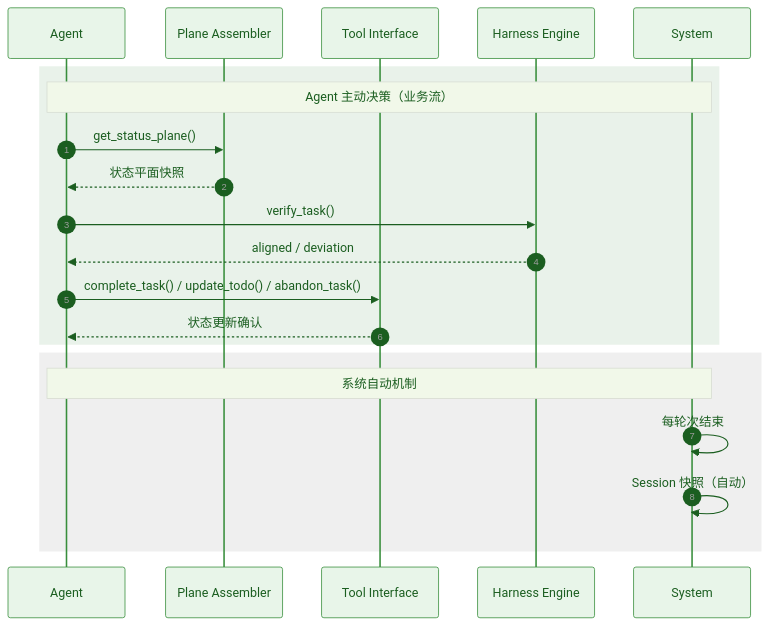
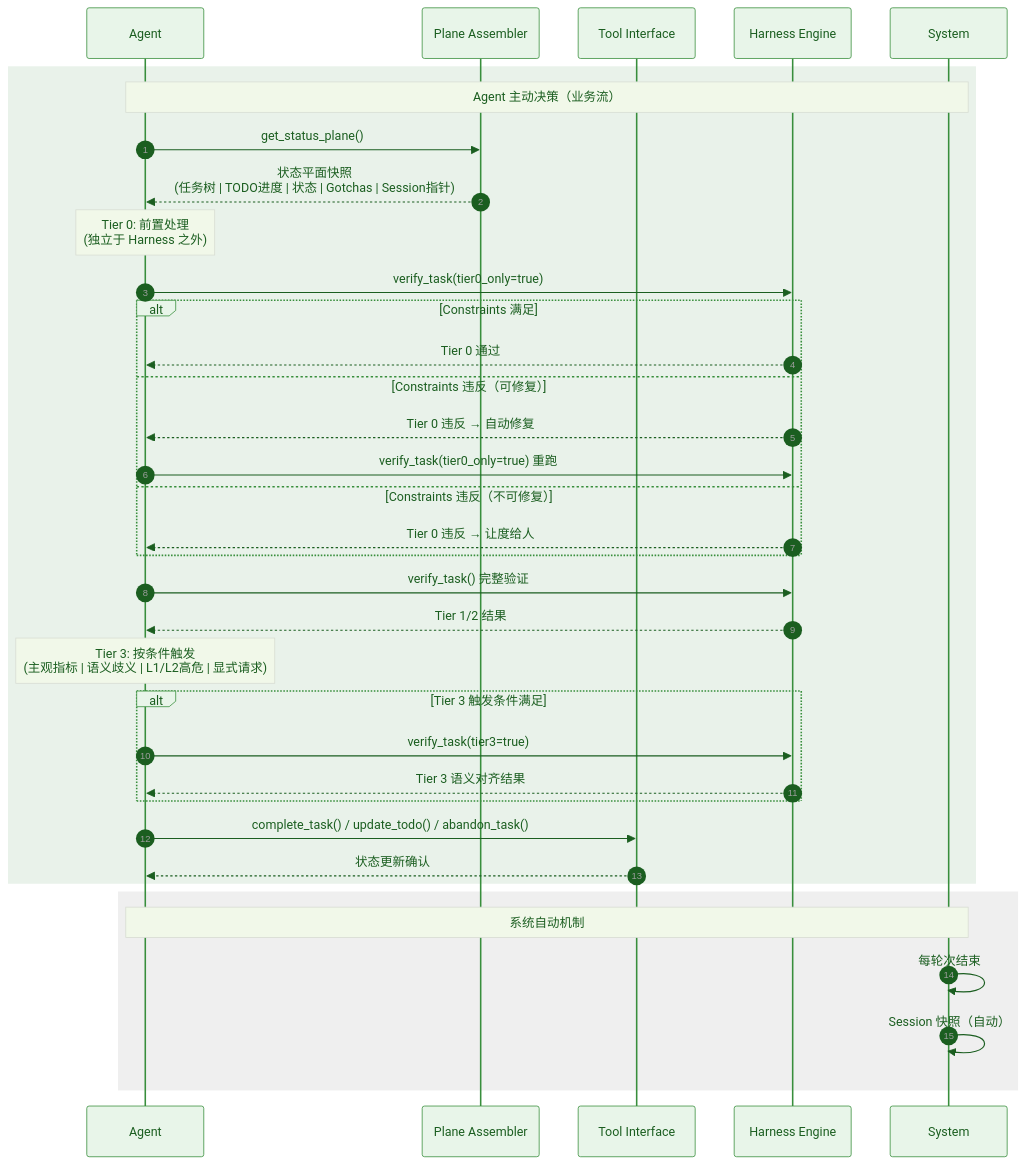
Before and after one commit to Lazyn0tBug/mem0ress: the sixth of 6 diagrams in docs/spec.md, drawn with Mermaid. The commit also changed other lines of this file, not shown here.

Commit message:
docs: fix Ch8 consistency issues with Ch2/Ch7
P1:
- Fix mermaid: remove PA-->TI edge, three modules independent to Agent
- Fix Harness Engine: expand Tier 0/1/2/3 separately with full descriptions
- Clarify Tier 0 is pre-processing outside Harness

P2:
- Fix sequence diagram: add Tier 0 flow and Tier 3 conditional branching
- Fix step 1: add complete status plane fields

P3:
- Gotcha template: Tier 0/1/2/3
- Appendix A: snapshot_session explicitly marked as system action

````diff
--- a/docs/spec.md
+++ b/docs/spec.md
@@ -596,27 +594,46 @@
 ```mermaid
 %% label：Agent 驱动的业务闭环
 %%{ init: { 'theme': 'base', 'themeVariables': { 'primaryColor': '#e8f5e9', 'primaryTextColor': '#1b5e20', 'primaryBorderColor': '#388e3c', 'lineColor': '#616161', 'noteBkgColor': '#f1f8e9', 'noteTextColor': '#1b5e20' } } }%%
 sequenceDiagram
     autonumber
     participant Agent
     participant PA as Plane Assembler
     participant TI as Tool Interface
     participant HE as Harness Engine
     participant System
 
     rect rgba(46, 125, 50, 0.1)
         Note over Agent,System: Agent 主动决策（业务流）
         Agent->>PA: get_status_plane()
-        PA-->>Agent: 状态平面快照
-        Agent->>HE: verify_task()
-        HE-->>Agent: aligned / deviation
+        PA-->>Agent: 状态平面快照<br/>(任务树 | TODO进度 | 状态 | Gotchas | Session指针)
+
+        Note over Agent: Tier 0: 前置处理<br/>(独立于 Harness 之外)
+        Agent->>HE: verify_task(tier0_only=true)
+        alt Constraints 满足
+            HE-->>Agent: Tier 0 通过
+        else Constraints 违反（可修复）
+            HE-->>Agent: Tier 0 违反 → 自动修复
+            Agent->>HE: verify_task(tier0_only=true) 重跑
+        else Constraints 违反（不可修复）
+            HE-->>Agent: Tier 0 违反 → 让度给人
+        end
+
+        Agent->>HE: verify_task() 完整验证
+        HE-->>Agent: Tier 1/2 结果
+
+        Note over Agent: Tier 3: 按条件触发<br/>(主观指标 | 语义歧义 | L1/L2高危 | 显式请求)
+        alt Tier 3 触发条件满足
+            Agent->>HE: verify_task(tier3=true)
+            HE-->>Agent: Tier 3 语义对齐结果
+        end
+
         Agent->>TI: complete_task() / update_todo() / abandon_task()
         TI-->>Agent: 状态更新确认
     end
 
     rect rgba(100, 100, 100, 0.1)
         Note over Agent,System: 系统自动机制
         System->>System: 每轮次结束
         System->>System: Session 快照（自动）
     end
 ```
````
